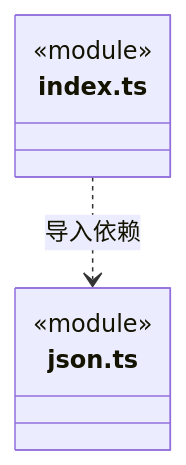
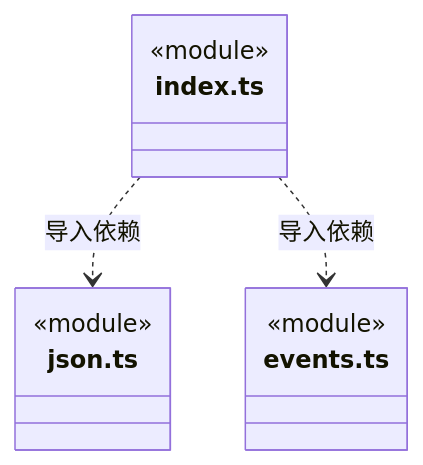
The fourth of 4 diagrams in src/frontend/foundations/utility/ARCHITECTURE.md (nan023062/cbim), drawn with Mermaid before and after one commit. The commit also changed other lines of this file and 49 other files, not shown here.

````diff
--- a/src/frontend/foundations/utility/ARCHITECTURE.md
+++ b/src/frontend/foundations/utility/ARCHITECTURE.md
@@ -41,10 +60,14 @@
 ```mermaid
 classDiagram
 class N_src_frontend_foundations_utility_index_ts["index.ts"] {
   <<module>>
 }
 class N_src_frontend_foundations_utility_json_ts["json.ts"] {
   <<module>>
 }
+class N_src_frontend_foundations_utility_events_ts["events.ts"] {
+  <<module>>
+}
 N_src_frontend_foundations_utility_index_ts ..> N_src_frontend_foundations_utility_json_ts : 导入依赖
+N_src_frontend_foundations_utility_index_ts ..> N_src_frontend_foundations_utility_events_ts : 导入依赖
 ```
````
